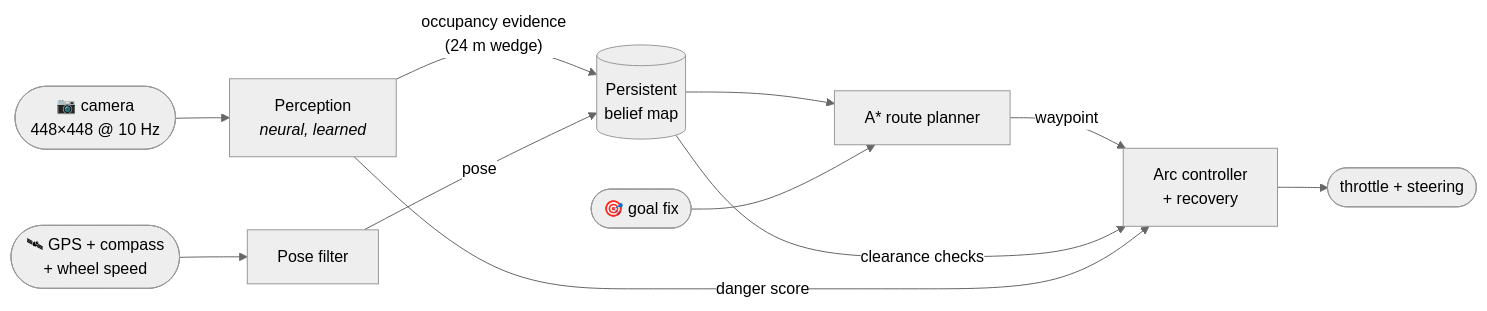
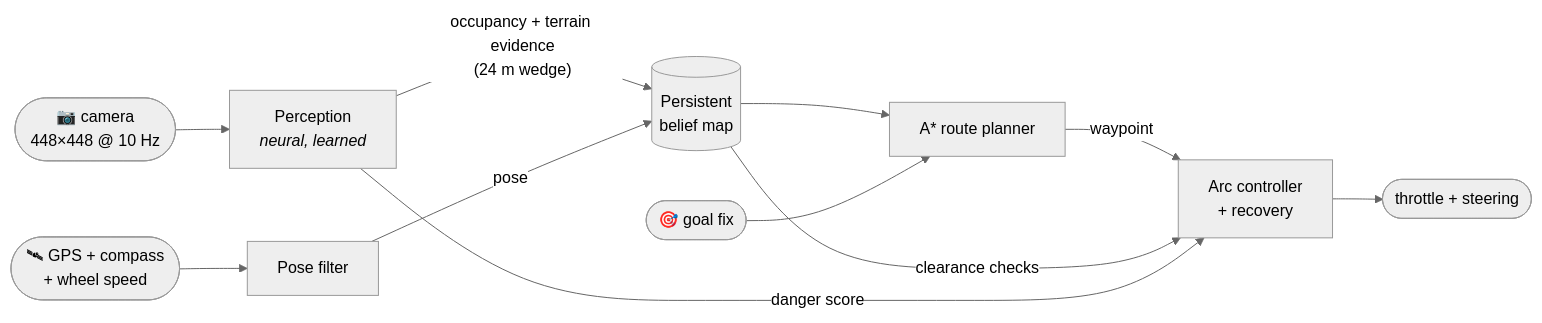
The first of 7 diagrams in README.md (ClayJay3/DR-JEPA), drawn with Mermaid (neutral theme) before and after one commit. The commit also changed other lines of this file and 8 other files, not shown here.

````diff
--- a/README.md
+++ b/README.md
@@ -21,13 +21,13 @@
 ```mermaid
 flowchart LR
     CAM(["📷 camera<br/>448×448 @ 10 Hz"]) --> P["Perception<br/><i>neural, learned</i>"]
     GPS(["🛰 GPS + compass<br/>+ wheel speed"]) --> PF["Pose filter"]
-    P -- "occupancy evidence<br/>(24 m wedge)" --> M[("Persistent<br/>belief map")]
+    P -- "occupancy + terrain evidence<br/>(24 m wedge)" --> M[("Persistent<br/>belief map")]
     PF -- "pose" --> M
     M --> PLAN["A* route planner"]
     GOAL(["🎯 goal fix"]) --> PLAN
     PLAN -- "waypoint" --> CTRL["Arc controller<br/>+ recovery"]
     M -- "clearance checks" --> CTRL
     P -- "danger score" --> CTRL
     CTRL --> OUT(["throttle + steering"])
 ```
````
